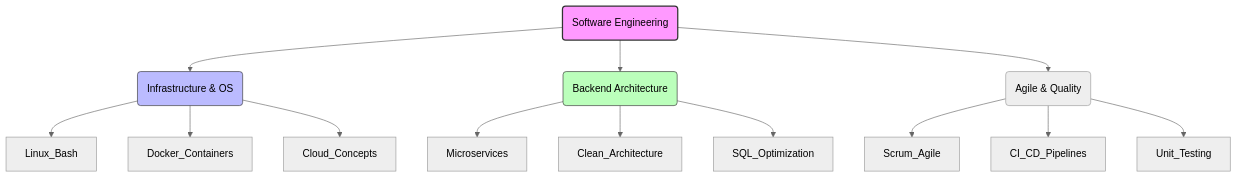
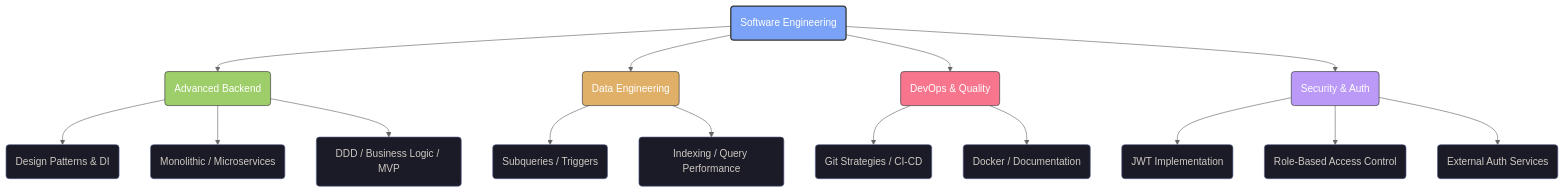
One commit to m4lcom/m4lcom changed the diagram in README.md. Above: the diagram before and after it, drawn with Mermaid (neutral theme). The commit also changed other lines of this file, not shown here.

Commit message:
Update title and enhance skills in README

````diff
--- a/README.md
+++ b/README.md
@@ -11,27 +11,35 @@
 ```mermaid
 graph TD;
   %% Core Nodes
-  Core(Software Engineering)-->Infra(Infrastructure & OS);
-  Core-->Backend(Backend Architecture);
-  Core-->Method(Agile & Quality);
-
-  %% Infra
-  Infra-->Linux_Bash;
-  Infra-->Docker_Containers;
-  Infra-->Cloud_Concepts;
+  Core(Software Engineering)-->Backend(Advanced Backend);
+  Core-->Data(Data Engineering);
+  Core-->Ops(DevOps & Quality);
+  Core-->Sec(Security & Auth);
 
   %% Backend
-  Backend-->Microservices;
-  Backend-->Clean_Architecture;
-  Backend-->SQL_Optimization;
+  Backend-->Patterns(Design Patterns & DI);
+  Backend-->Architecture(Monolithic / Microservices);
+  Backend-->Logic(DDD / Business Logic / MVP);
 
-  %% Method
-  Method-->Scrum_Agile;
-  Method-->CI_CD_Pipelines;
-  Method-->Unit_Testing;
+  %% Data
+  Data-->SQL_Expertise(Subqueries / Triggers);
+  Data-->Optimization(Indexing / Query Performance);
 
-  %% Styling
-  style Core fill:#f9f,stroke:#333,stroke-width:2px
-  style Infra fill:#bbf,stroke:#333
-  style Backend fill:#bfb,stroke:#333
+  %% Ops & Quality
+  Ops-->Git_Flow(Git Strategies / CI-CD);
+  Ops-->Infra(Docker / Documentation);
+
+  %% Security & Auth
+  Sec-->JWT(JWT Implementation);
+  Sec-->Roles(Role-Based Access Control);
+  Sec-->Middleware(External Auth Services);
+
+  %% Styling - Tokyonight Palette
+  style Core fill:#7aa2f7,stroke:#333,stroke-width:2px,color:#fff
+  style Backend fill:#9ece6a,stroke:#333,color:#fff
+  style Data fill:#e0af68,stroke:#333,color:#fff
+  style Ops fill:#f7768e,stroke:#333,color:#fff
+  style Sec fill:#bb9af7,stroke:#333,color:#fff
+  
+  classDef default fill:#1a1b26,stroke:#565f89,color:#cfc9c2
 ```
````
